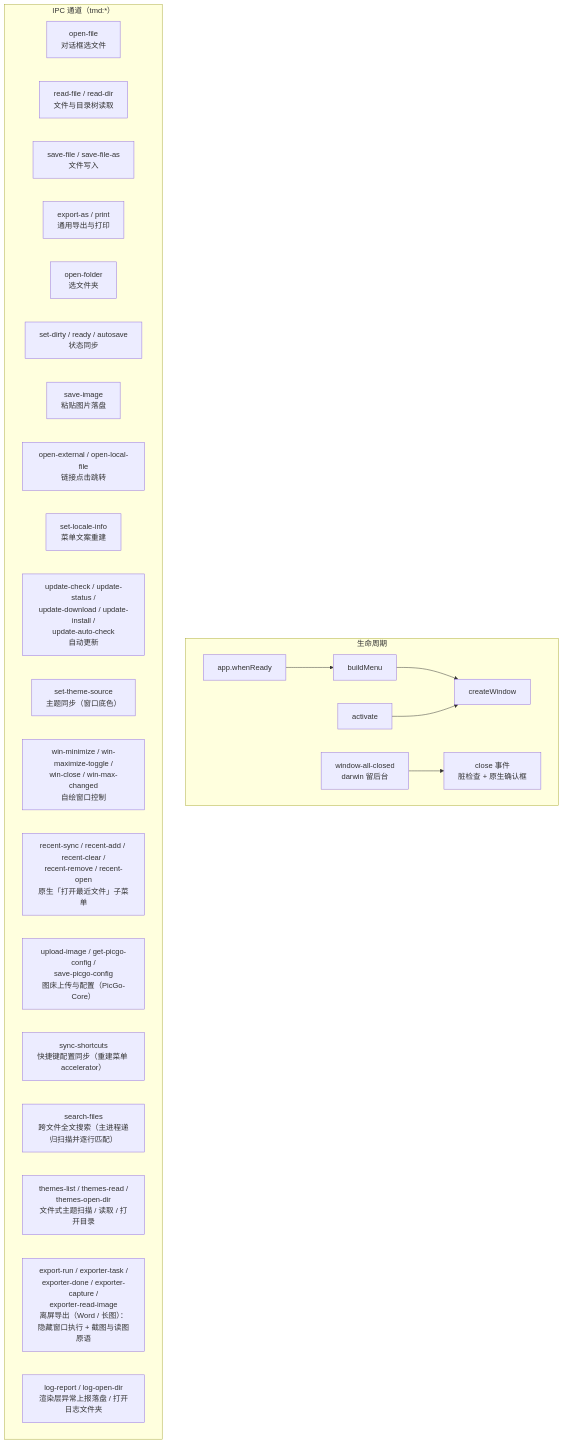
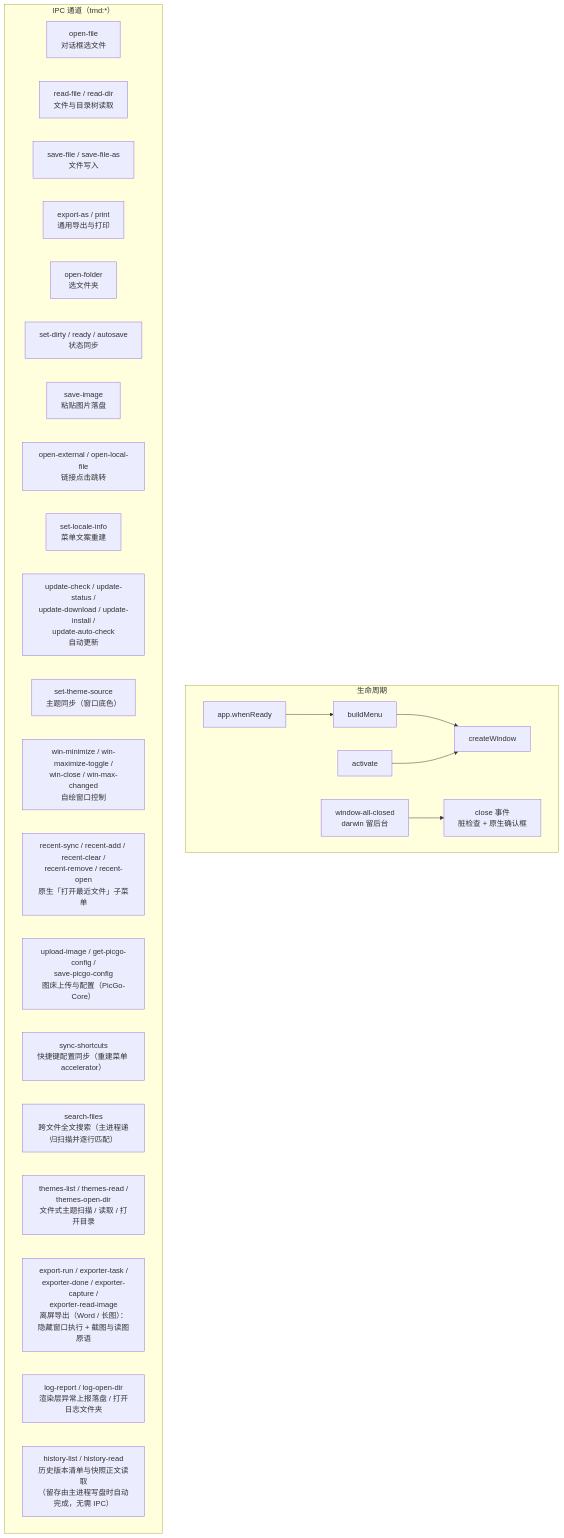
The fourth of 4 diagrams in docs/架构设计.md (ChiangyangNPU/tmd), drawn with Mermaid before and after one commit. The commit also changed other lines of this file and 21 other files, not shown here.

````diff
--- a/docs/架构设计.md
+++ b/docs/架构设计.md
@@ -209,30 +209,31 @@
 ```mermaid
 flowchart TB
     subgraph 生命周期
         L1[app.whenReady] --> L2[buildMenu] --> L3[createWindow]
         L4[activate] --> L3
         L5[window-all-closed<br/>darwin 留后台] --> L6[close 事件<br/>脏检查 + 原生确认框]
     end
 
     subgraph IPC["IPC 通道（tmd:*）"]
         C1[open-file<br/>对话框选文件]
         C2[read-file / read-dir<br/>文件与目录树读取]
         C3[save-file / save-file-as<br/>文件写入]
         C4[export-as / print<br/>通用导出与打印]
         C5[open-folder<br/>选文件夹]
         C6[set-dirty / ready / autosave<br/>状态同步]
         C7[save-image<br/>粘贴图片落盘]
         C7B[open-external / open-local-file<br/>链接点击跳转]
         C8[set-locale-info<br/>菜单文案重建]
         C9[update-check / update-status /<br/>update-download / update-install /<br/>update-auto-check<br/>自动更新]
         C10[set-theme-source<br/>主题同步（窗口底色）]
         C11[win-minimize / win-maximize-toggle /<br/>win-close / win-max-changed<br/>自绘窗口控制]
         C12[recent-sync / recent-add / recent-clear /<br/>recent-remove / recent-open<br/>原生「打开最近文件」子菜单]
         C13[upload-image / get-picgo-config /<br/>save-picgo-config<br/>图床上传与配置（PicGo-Core）]
         C14[sync-shortcuts<br/>快捷键配置同步（重建菜单 accelerator）]
         C15[search-files<br/>跨文件全文搜索（主进程递归扫描并逐行匹配）]
         C16[themes-list / themes-read /<br/>themes-open-dir<br/>文件式主题扫描 / 读取 / 打开目录]
         C17[export-run / exporter-task /<br/>exporter-done / exporter-capture /<br/>exporter-read-image<br/>离屏导出（Word / 长图）：隐藏窗口执行 + 截图与读图原语]
         C18[log-report / log-open-dir<br/>渲染层异常上报落盘 / 打开日志文件夹]
+        C19[history-list / history-read<br/>历史版本清单与快照正文读取<br/>（留存由主进程写盘时自动完成，无需 IPC）]
     end
 ```
````
